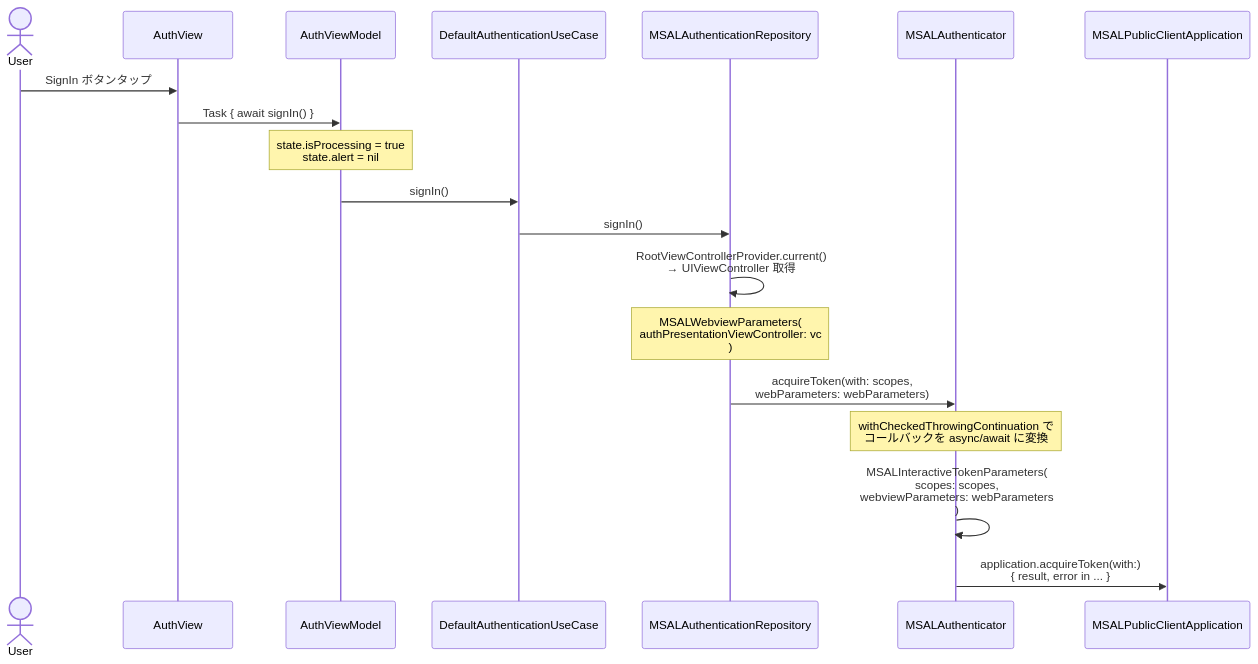
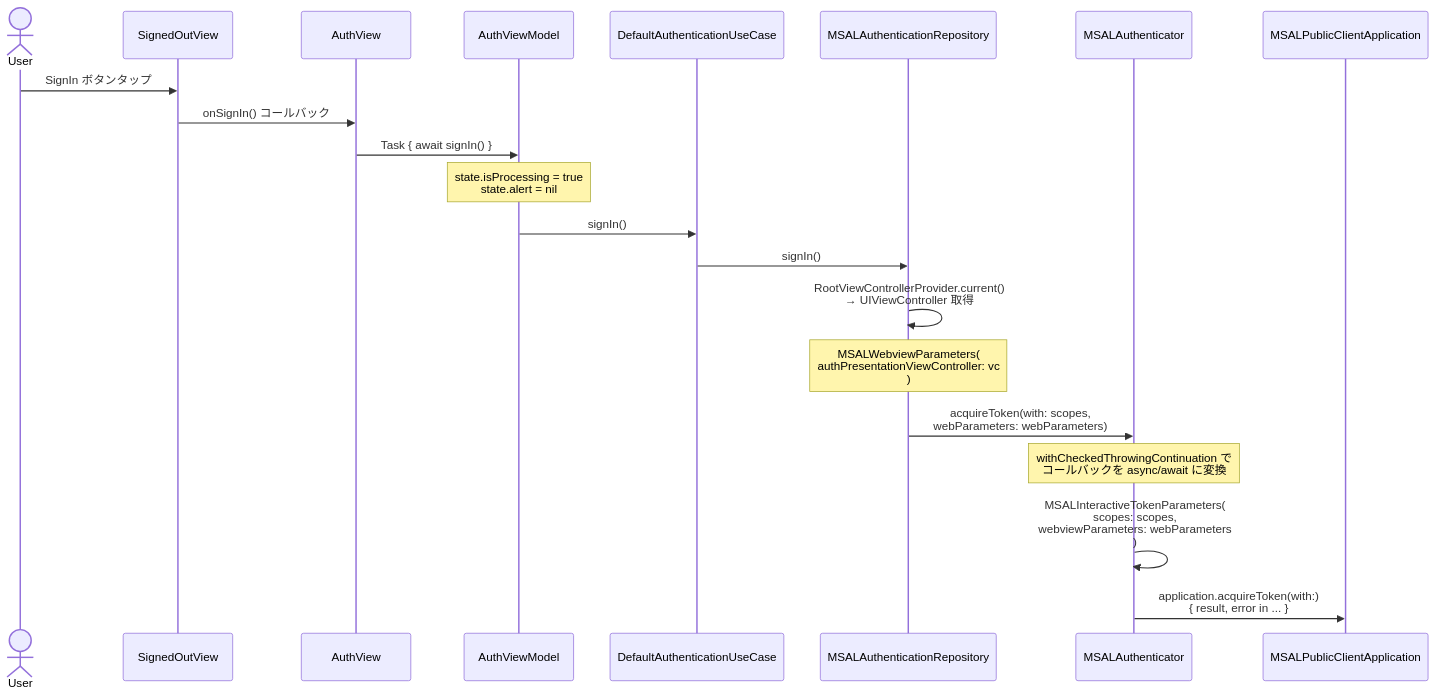
One commit to nakasho-dev/HowToEntraIos changed the first of 3 diagrams in Docs/sign-in-sequence.md. Above: the diagram before and after it, drawn with Mermaid. The commit also changed other lines of this file, not shown here.

Commit message:
Update sign-in sequence documentation to reflect changes in SignedOutView and SignedInOverlayView

````diff
--- a/Docs/sign-in-sequence.md
+++ b/Docs/sign-in-sequence.md
@@ -12,26 +12,28 @@
 ```mermaid
 sequenceDiagram
     actor User
+    participant SignedOut as SignedOutView
     participant View as AuthView
     participant VM as AuthViewModel
     participant UC as DefaultAuthenticationUseCase
     participant Repo as MSALAuthenticationRepository
     participant Auth as MSALAuthenticator
     participant MSAL as MSALPublicClientApplication
 
-    User->>View: SignIn ボタンタップ
+    User->>SignedOut: SignIn ボタンタップ
+    SignedOut->>View: onSignIn() コールバック
     View->>VM: Task { await signIn() }
     Note over VM: state.isProcessing = true<br/>state.alert = nil
 
     VM->>UC: signIn()
     UC->>Repo: signIn()
 
     Repo->>Repo: RootViewControllerProvider.current()<br/>→ UIViewController 取得
     Note over Repo: MSALWebviewParameters(<br/>  authPresentationViewController: vc<br/>)
 
     Repo->>Auth: acquireToken(with: scopes,<br/>webParameters: webParameters)
     Note over Auth: withCheckedThrowingContinuation で<br/>コールバックを async/await に変換
 
     Auth->>Auth: MSALInteractiveTokenParameters(<br/>  scopes: scopes,<br/>  webviewParameters: webParameters<br/>)
     Auth->>MSAL: application.acquireToken(with:)<br/>{ result, error in ... }
 ```
````
